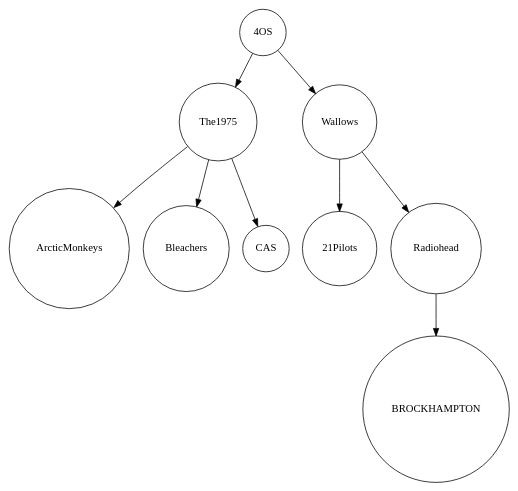
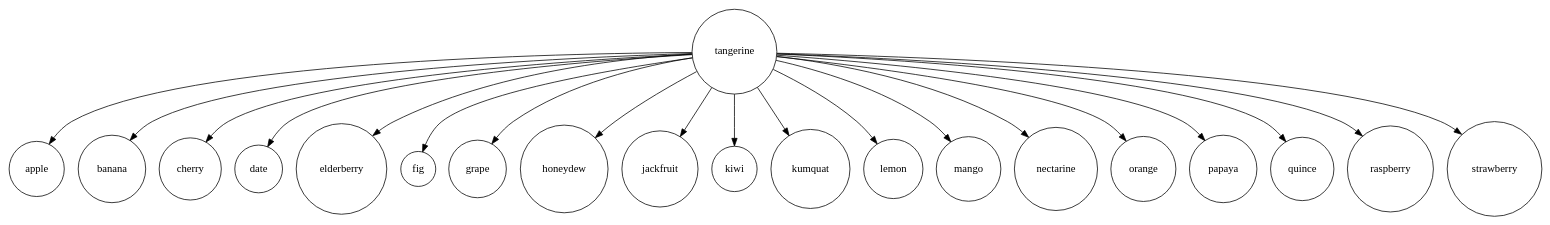
Before and after one commit to carloscailao/DSALGMCO2: the diagram in src/output/graphEX3.dot, drawn with Graphviz. The commit also changed 6 other files, not shown here.

```diff
--- a/src/output/graphEX3.dot
+++ b/src/output/graphEX3.dot
@@ -1,11 +1,22 @@
 digraph MyGraph {
   node [shape=circle];
- "4OS" -> "The1975";
- "4OS" -> "Wallows";
- "The1975" -> "ArcticMonkeys";
- "The1975" -> "Bleachers";
- "The1975" -> "CAS";
- "Wallows" -> "21Pilots";
- "Wallows" -> "Radiohead";
- "Radiohead" -> "BROCKHAMPTON";
+ "tangerine" -> "apple";
+ "tangerine" -> "banana";
+ "tangerine" -> "cherry";
+ "tangerine" -> "date";
+ "tangerine" -> "elderberry";
+ "tangerine" -> "fig";
+ "tangerine" -> "grape";
+ "tangerine" -> "honeydew";
+ "tangerine" -> "jackfruit";
+ "tangerine" -> "kiwi";
+ "tangerine" -> "kumquat";
+ "tangerine" -> "lemon";
+ "tangerine" -> "mango";
+ "tangerine" -> "nectarine";
+ "tangerine" -> "orange";
+ "tangerine" -> "papaya";
+ "tangerine" -> "quince";
+ "tangerine" -> "raspberry";
+ "tangerine" -> "strawberry";
 }
```
